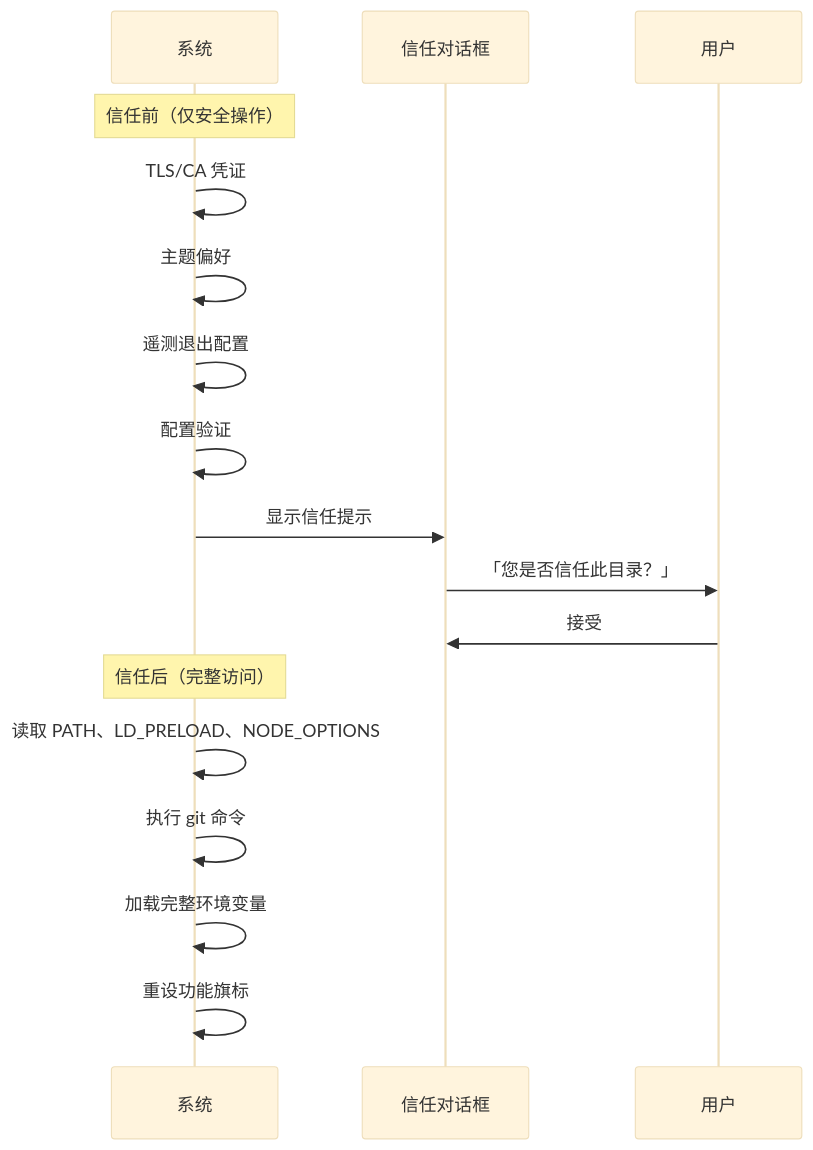
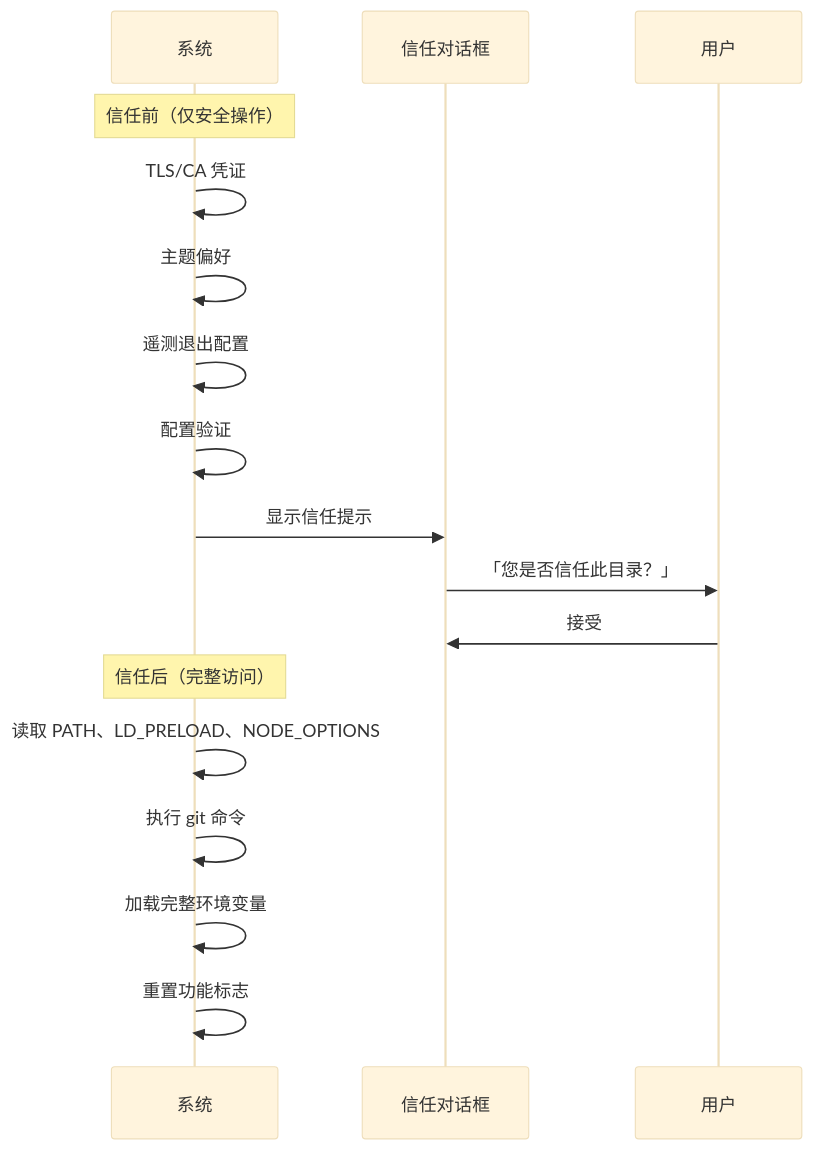
The second of 4 diagrams in book/ch02-bootstrap.md (Gracker/claude-code-from-source-zh-cn), drawn with Mermaid (base theme) before and after one commit. The commit also changed other lines of this file and 16 other files, not shown here.

````diff
--- a/book/ch02-bootstrap.md
+++ b/book/ch02-bootstrap.md
@@ -92,22 +92,22 @@
 ```mermaid
 sequenceDiagram
     participant S as 系统
     participant T as 信任对话框
     participant U as 用户
 
     Note over S: 信任前（仅安全操作）
     S->>S: TLS/CA 凭证
     S->>S: 主题偏好
     S->>S: 遥测退出配置
     S->>S: 配置验证
 
     S->>T: 显示信任提示
     T->>U: 「您是否信任此目录？」
     U->>T: 接受
 
     Note over S: 信任后（完整访问）
     S->>S: 读取 PATH、LD_PRELOAD、NODE_OPTIONS
     S->>S: 执行 git 命令
     S->>S: 加载完整环境变量
-    S->>S: 重设功能旗标
+    S->>S: 重置功能标志
 ```
````
